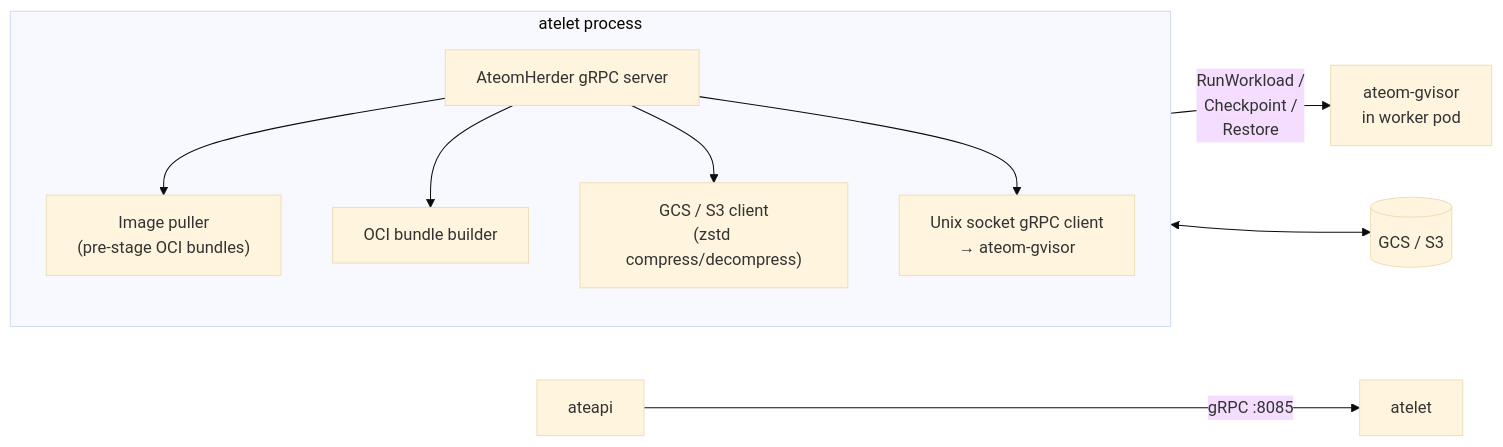
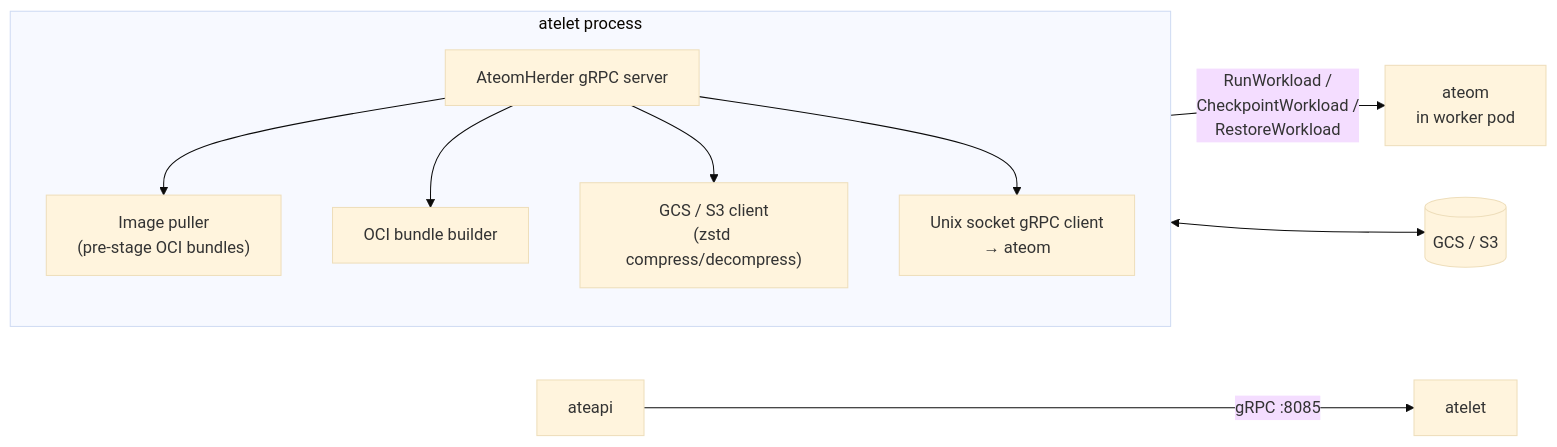
The diagram in atlas/src/content/docs/components/atelet.mdx (christian-posta/substrate), drawn with Mermaid (base theme) before and after one commit. The commit also changed other lines of this file and 28 other files, not shown here.

````diff
--- a/atlas/src/content/docs/components/atelet.mdx
+++ b/atlas/src/content/docs/components/atelet.mdx
@@ -12,25 +15,25 @@
 ```mermaid
 flowchart LR
   API[ateapi] -- gRPC :8085 --> AT[atelet]
 
   subgraph AT_internals["atelet process"]
     direction TB
     SRV["AteomHerder gRPC server"]
     PULL["Image puller<br/>(pre-stage OCI bundles)"]
     OCI["OCI bundle builder"]
     OBJ["GCS / S3 client<br/>(zstd compress/decompress)"]
-    SOCK["Unix socket gRPC client<br/>→ ateom-gvisor"]
+    SOCK["Unix socket gRPC client<br/>→ ateom"]
   end
 
   SRV --> PULL
   SRV --> OCI
   SRV --> OBJ
   SRV --> SOCK
 
-  SOCK -- "RunWorkload /<br/>Checkpoint /<br/>Restore" --> OM[ateom-gvisor<br/>in worker pod]
+  SOCK -- "RunWorkload /<br/>CheckpointWorkload /<br/>RestoreWorkload" --> OM[ateom<br/>in worker pod]
   OBJ <--> GCS[("GCS / S3")]
 
   click API "/components/ateapi/" "ateapi"
-  click OM "/components/ateom-gvisor/" "ateom-gvisor"
+  click OM "/components/ateom-gvisor/" "ateom"
   click GCS "/components/storage/" "Storage"
 ```
````
